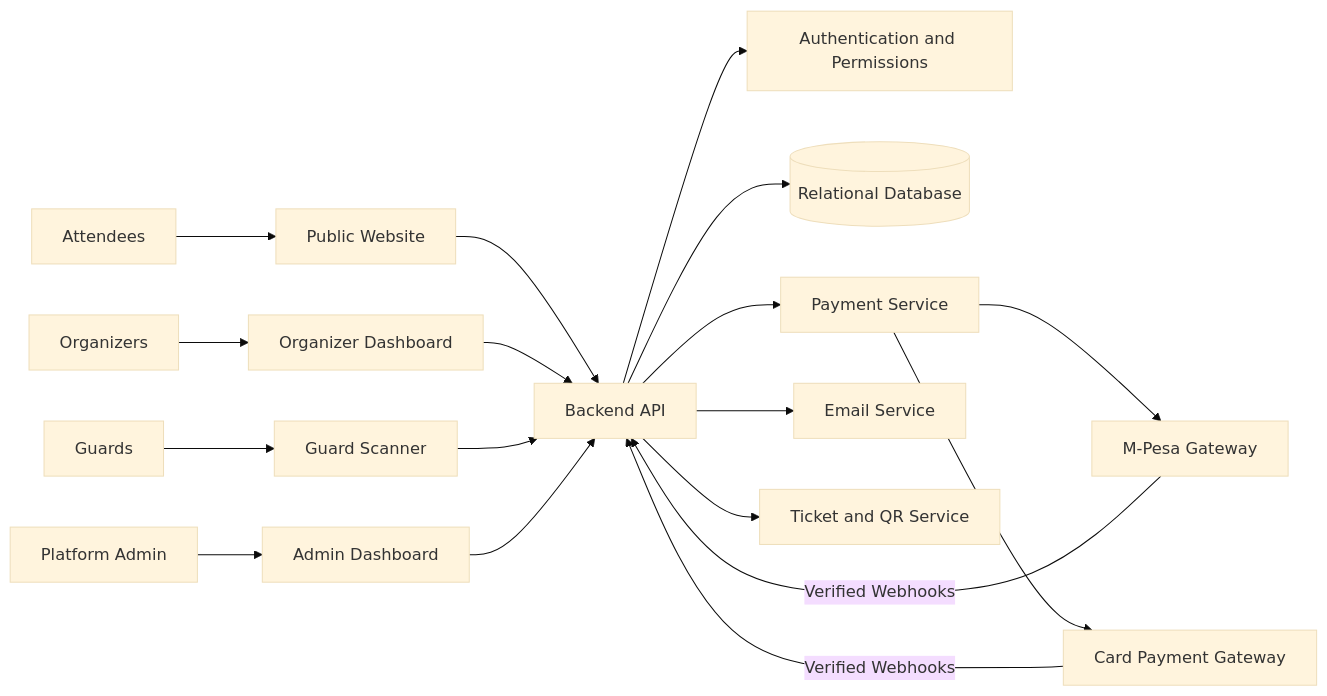
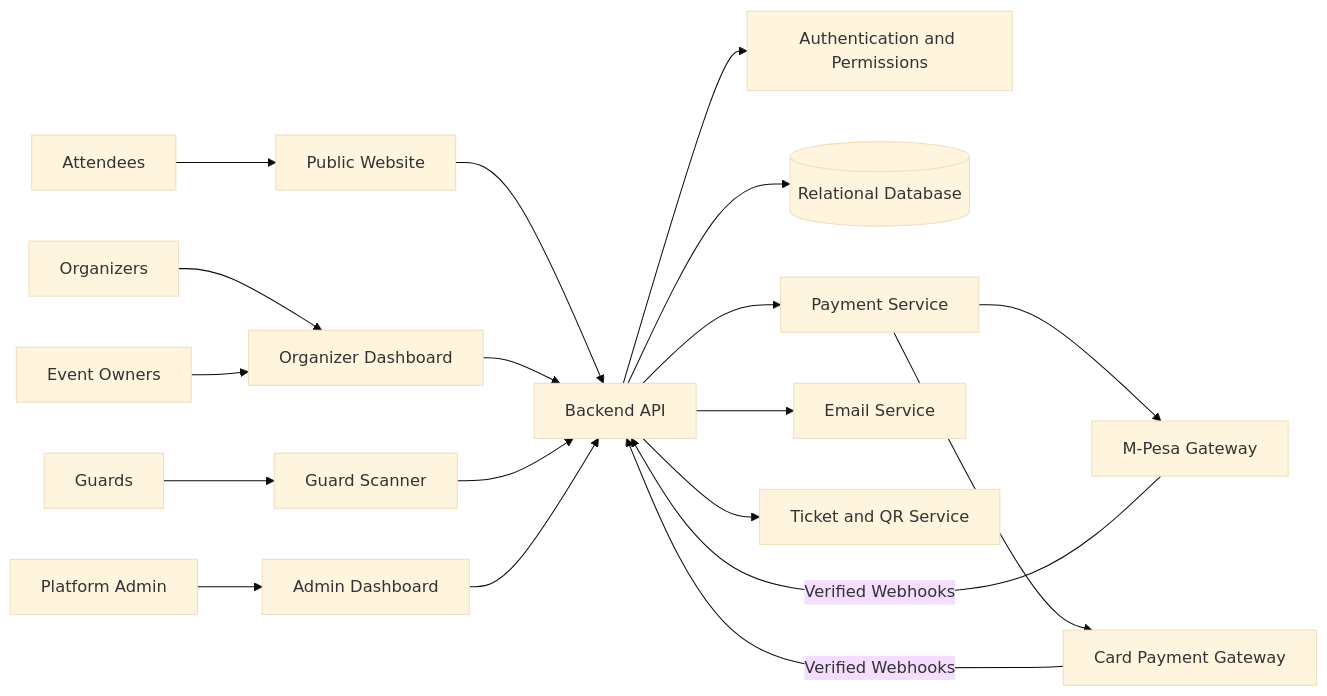
Before and after one commit to kreativesahara/ticket: the first of 7 diagrams in v1.md, drawn with Mermaid (base theme). The commit also changed other lines of this file and 14 other files, not shown here.

Commit message:
feat: add event owner role and system architecture diagrams

````diff
--- a/v1.md
+++ b/v1.md
@@ -40,23 +40,24 @@
 ```mermaid
 flowchart LR
     Attendees --> PW[Public Website]
     Organizers --> OD[Organizer Dashboard]
+    EO[Event Owners] --> OD
     Guards --> GS[Guard Scanner]
     PA[Platform Admin] --> AD[Admin Dashboard]
 
     PW --> API[Backend API]
     OD --> API
     GS --> API
     AD --> API
 
     API --> AUTH[Authentication and Permissions]
     API --> DB[(Relational Database)]
     API --> PAY[Payment Service]
     API --> EMAIL[Email Service]
     API --> QR[Ticket and QR Service]
 
     PAY --> MPESA[M-Pesa Gateway]
     PAY --> CARD[Card Payment Gateway]
     MPESA -- Verified Webhooks --> API
     CARD -- Verified Webhooks --> API
 ```
````
